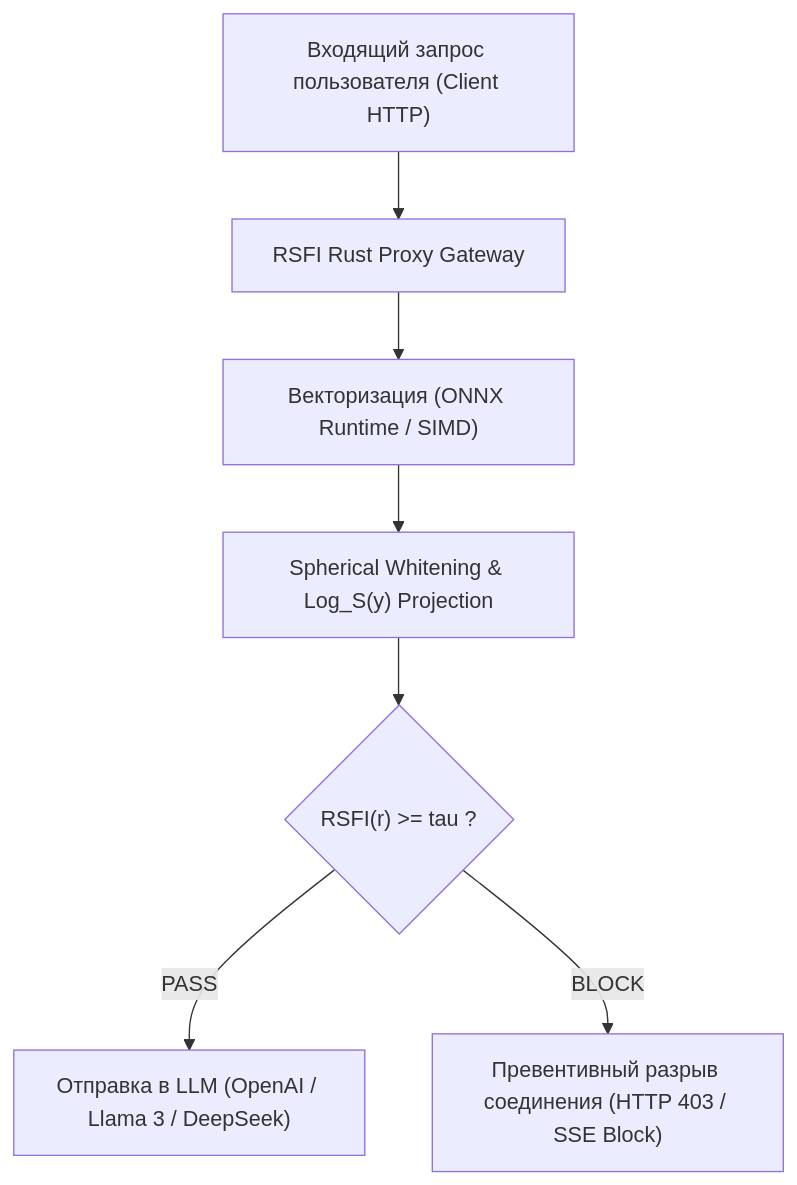
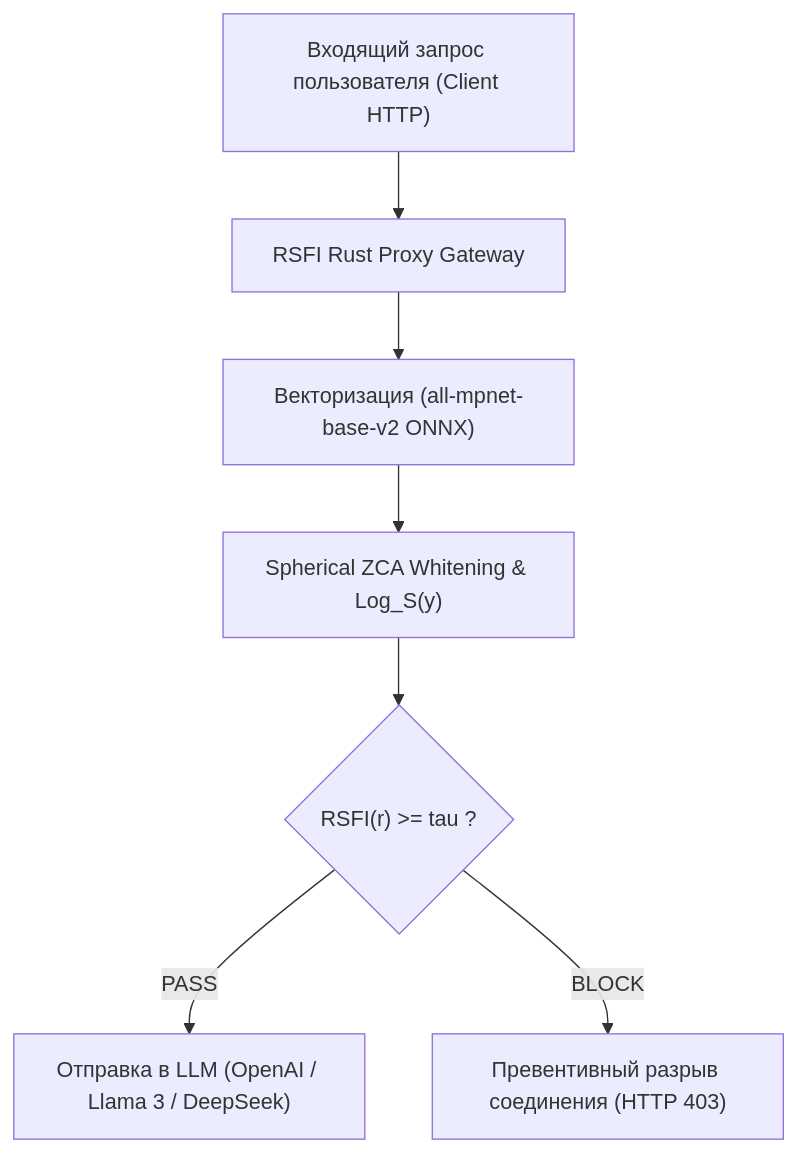
The diagram in docs/final_rsfi_empirical_report.md (wwewtech/rsfi), drawn with Mermaid before and after one commit. The commit also changed other lines of this file and 8 other files, not shown here.

````diff
--- a/docs/final_rsfi_empirical_report.md
+++ b/docs/final_rsfi_empirical_report.md
@@ -108,9 +113,9 @@
 ```mermaid
 graph TD
     A["Входящий запрос пользователя (Client HTTP)"] --> B["RSFI Rust Proxy Gateway"]
-    B --> C["Векторизация (ONNX Runtime / SIMD)"]
-    C --> D["Spherical Whitening & Log_S(y) Projection"]
+    B --> C["Векторизация (all-mpnet-base-v2 ONNX)"]
+    C --> D["Spherical ZCA Whitening & Log_S(y)"]
     D --> E{"RSFI(r) >= tau ?"}
     E -- PASS --> F["Отправка в LLM (OpenAI / Llama 3 / DeepSeek)"]
-    E -- BLOCK --> G["Превентивный разрыв соединения (HTTP 403 / SSE Block)"]
+    E -- BLOCK --> G["Превентивный разрыв соединения (HTTP 403)"]
 ```
````
